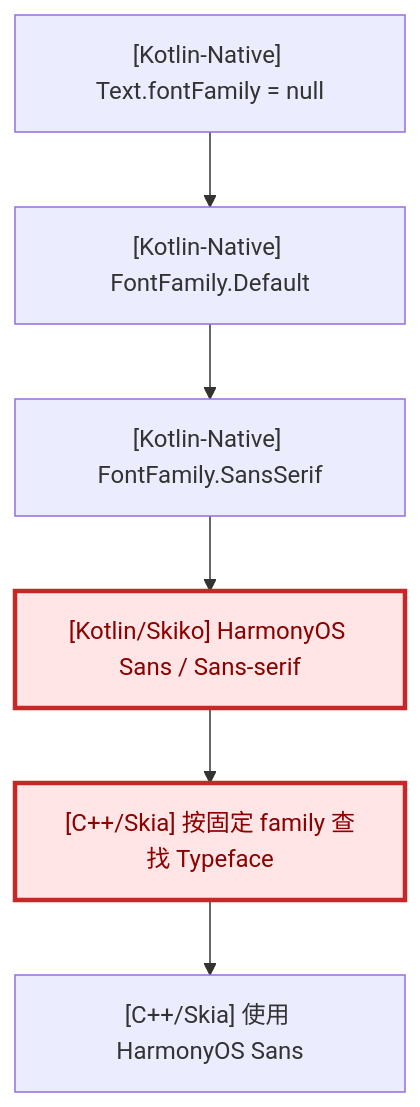
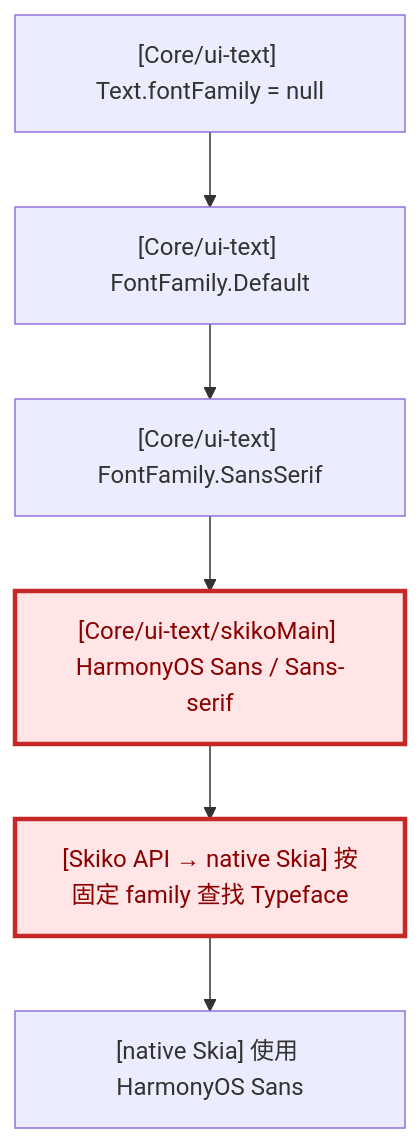
Before and after one commit to jsdegithub/CMP-DOCS: the sixth of 10 diagrams in CMP不跟随系统字体问题-根因与修复思路.md, drawn with Mermaid. The commit also changed other lines of this file, not shown here.

````diff
--- a/CMP不跟随系统字体问题-根因与修复思路.md
+++ b/CMP不跟随系统字体问题-根因与修复思路.md
@@ -365,10 +375,10 @@
 ```mermaid
 flowchart TD
-    A["[Kotlin-Native] Text.fontFamily = null"] --> B["[Kotlin-Native] FontFamily.Default"]
-    B --> C["[Kotlin-Native] FontFamily.SansSerif"]
-    C --> D["[Kotlin/Skiko] HarmonyOS Sans / Sans-serif"]:::problem
-    D --> E["[C++/Skia] 按固定 family 查找 Typeface"]:::problem
-    E --> F["[C++/Skia] 使用 HarmonyOS Sans"]
+    A["[Core/ui-text] Text.fontFamily = null"] --> B["[Core/ui-text] FontFamily.Default"]
+    B --> C["[Core/ui-text] FontFamily.SansSerif"]
+    C --> D["[Core/ui-text/skikoMain] HarmonyOS Sans / Sans-serif"]:::problem
+    D --> E["[Skiko API → native Skia] 按固定 family 查找 Typeface"]:::problem
+    E --> F["[native Skia] 使用 HarmonyOS Sans"]
 
     classDef problem fill:#ffe5e5,stroke:#c62828,stroke-width:3px,color:#8b0000;
 ```
````
